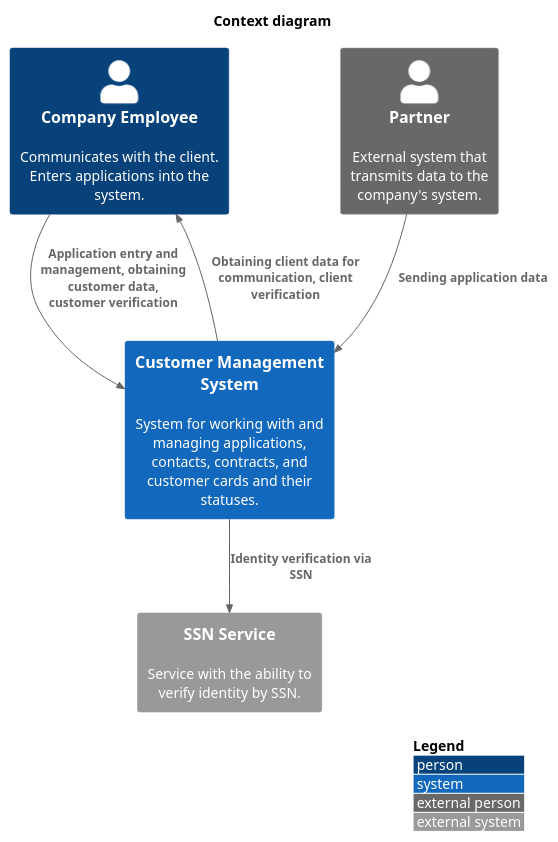
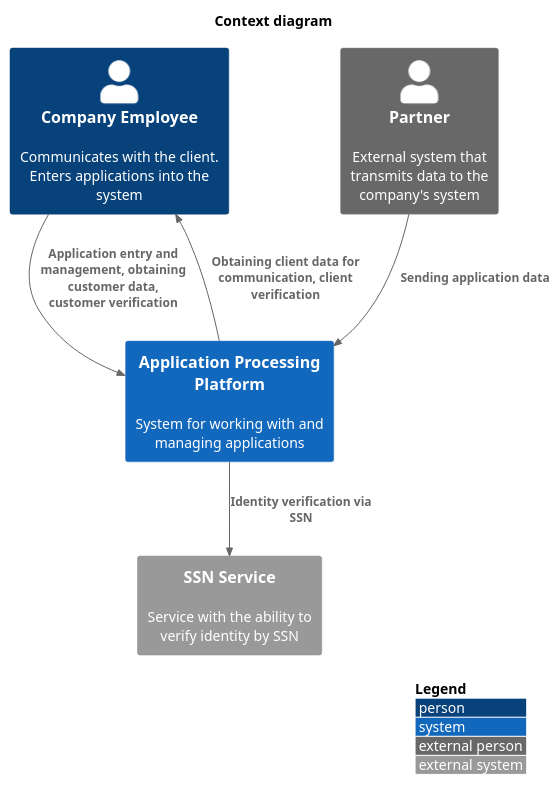
Before and after one commit to NikpeFreiheit/solution-duplicate-customer-data: the diagram in docs/architecture/context-diagram.puml, drawn with PlantUML. The commit also changed 18 other files, not shown here.

First line of the commit message:
refactor: update system architecture and data persistence layers

```diff
--- a/docs/architecture/context-diagram.puml
+++ b/docs/architecture/context-diagram.puml
@@ -1,19 +1,19 @@
 @startuml
 !include https://raw.githubusercontent.com/plantuml-stdlib/C4-PlantUML/master/C4_Context.puml
 
 LAYOUT_WITH_LEGEND()
 
 title Context diagram
 
-Person(employee, "Company Employee", "Communicates with the client. Enters applications into the system.")
-System(customer_system, "Customer Management System", "System for working with and managing applications, contacts, contracts, and customer cards and their statuses.")
+Person(employee, "Company Employee", "Communicates with the client. Enters applications into the system")
+System(customer_system, "Application Processing Platform", "System for working with and managing applications")
 
-Person_Ext(partner, "Partner", "External system that transmits data to the company's system.")
-System_Ext(ssn_service, "SSN Service", "Service with the ability to verify identity by SSN.")
+Person_Ext(partner, "Partner", "External system that transmits data to the company's system")
+System_Ext(ssn_service, "SSN Service", "Service with the ability to verify identity by SSN")
 
 Rel(employee, customer_system, "Application entry and management, obtaining customer data, customer verification")
 Rel(customer_system, employee, "Obtaining client data for communication, client verification")
 Rel(partner, customer_system, "Sending application data")
 Rel(customer_system, ssn_service, "Identity verification via SSN")
 
 @enduml
```
